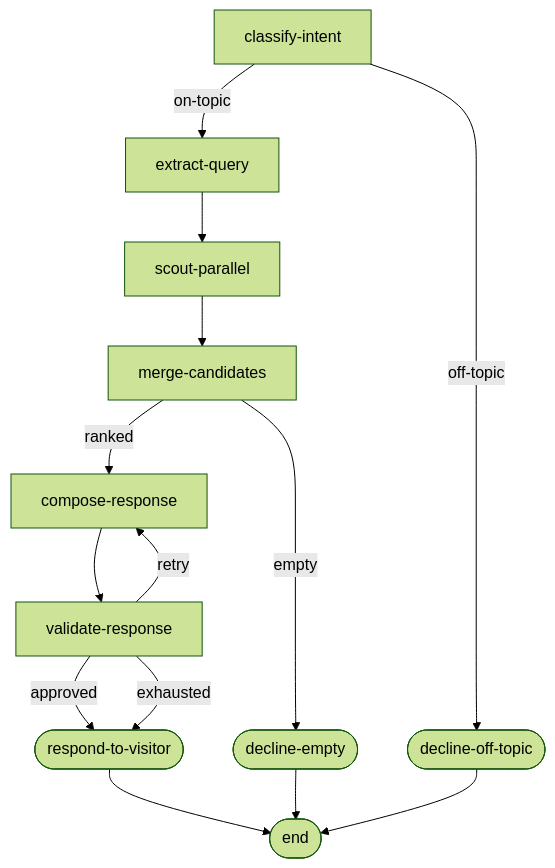
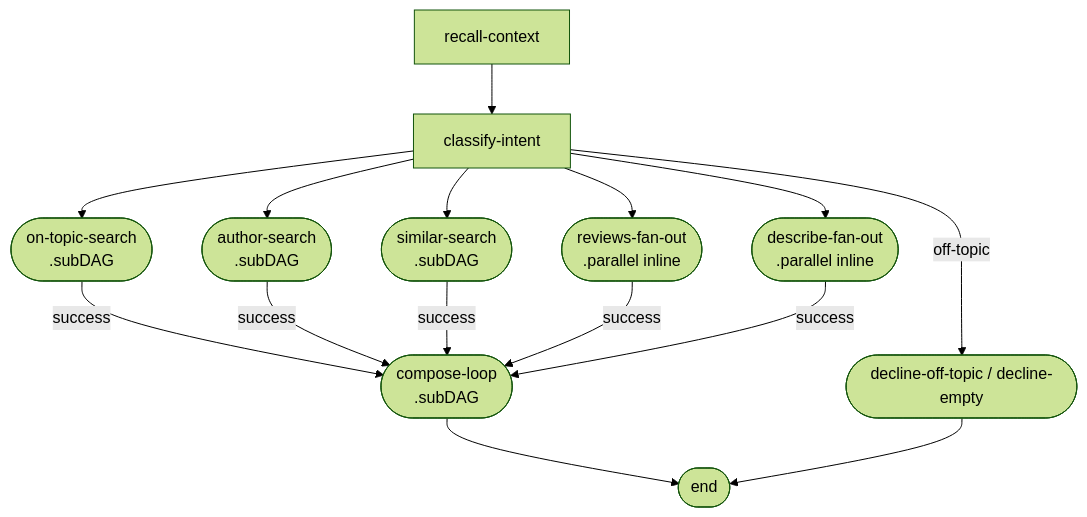
One commit to Studnicky/Dagonizer changed the diagram in docs/examples/06-builder.md. Above: the diagram before and after it, drawn with Mermaid (forest theme). The commit also changed other lines of this file and 26 other files, not shown here.

````diff
--- a/docs/examples/06-builder.md
+++ b/docs/examples/06-builder.md
@@ -12,26 +12,18 @@
 ```mermaid
 flowchart TB
+  recall[recall-context]
   classify[classify-intent]
-  extract[extract-query]
-  scout[scout-parallel]
-  merge[merge-candidates]
-  compose[compose-response]
-  validate[validate-response]
-  respond([respond-to-visitor])
-  declineOff([decline-off-topic])
-  declineEmpty([decline-empty])
+  on-topic([on-topic-search\n.subDAG])
+  author([author-search\n.subDAG])
+  similar([similar-search\n.subDAG])
+  reviews([reviews-fan-out\n.parallel inline])
+  describe([describe-fan-out\n.parallel inline])
+  compose([compose-loop\n.subDAG])
+  decline([decline-off-topic / decline-empty])
   END([end])
-  classify -->|on-topic| extract
-  classify -->|off-topic| declineOff
-  extract --> scout
-  scout --> merge
-  merge -->|ranked| compose
-  merge -->|empty| declineEmpty
-  compose --> validate
-  validate -->|approved| respond
-  validate -->|retry| compose
-  validate -->|exhausted| respond
-  respond --> END
-  declineOff --> END
-  declineEmpty --> END
+  recall --> classify
+  classify --> on-topic & author & similar & reviews & describe
+  on-topic & author & similar & reviews & describe -->|success| compose
+  compose --> END
+  classify -->|off-topic| decline --> END
 ```
````
